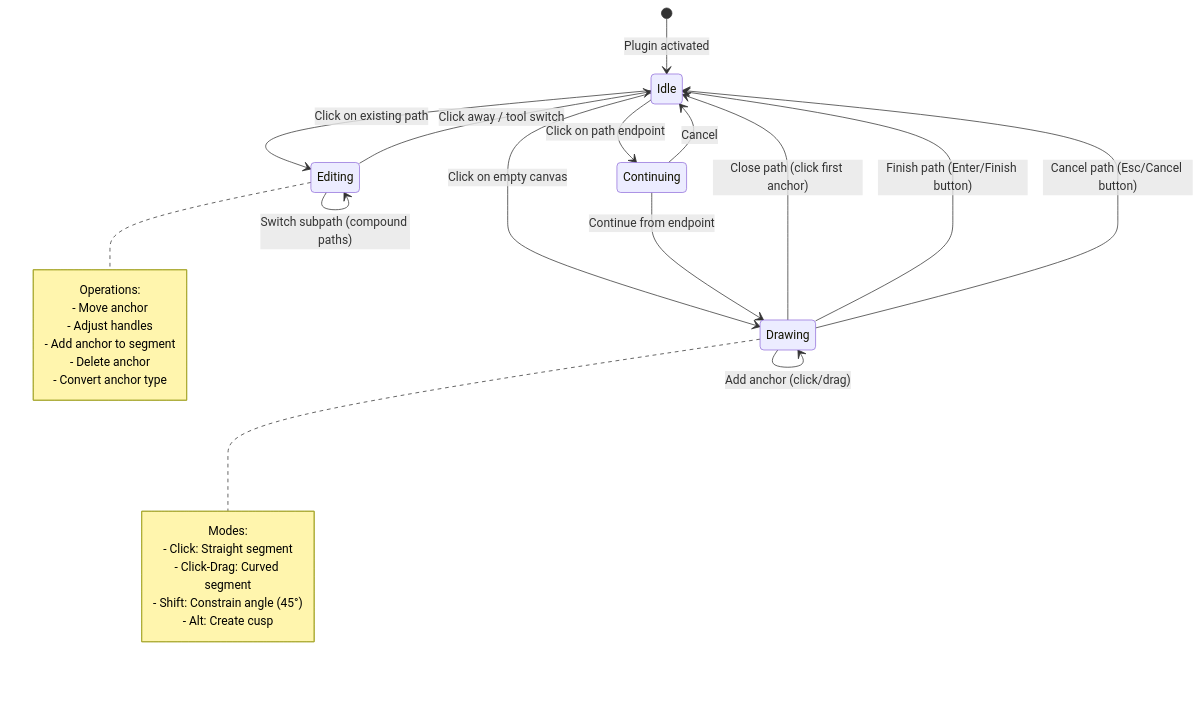
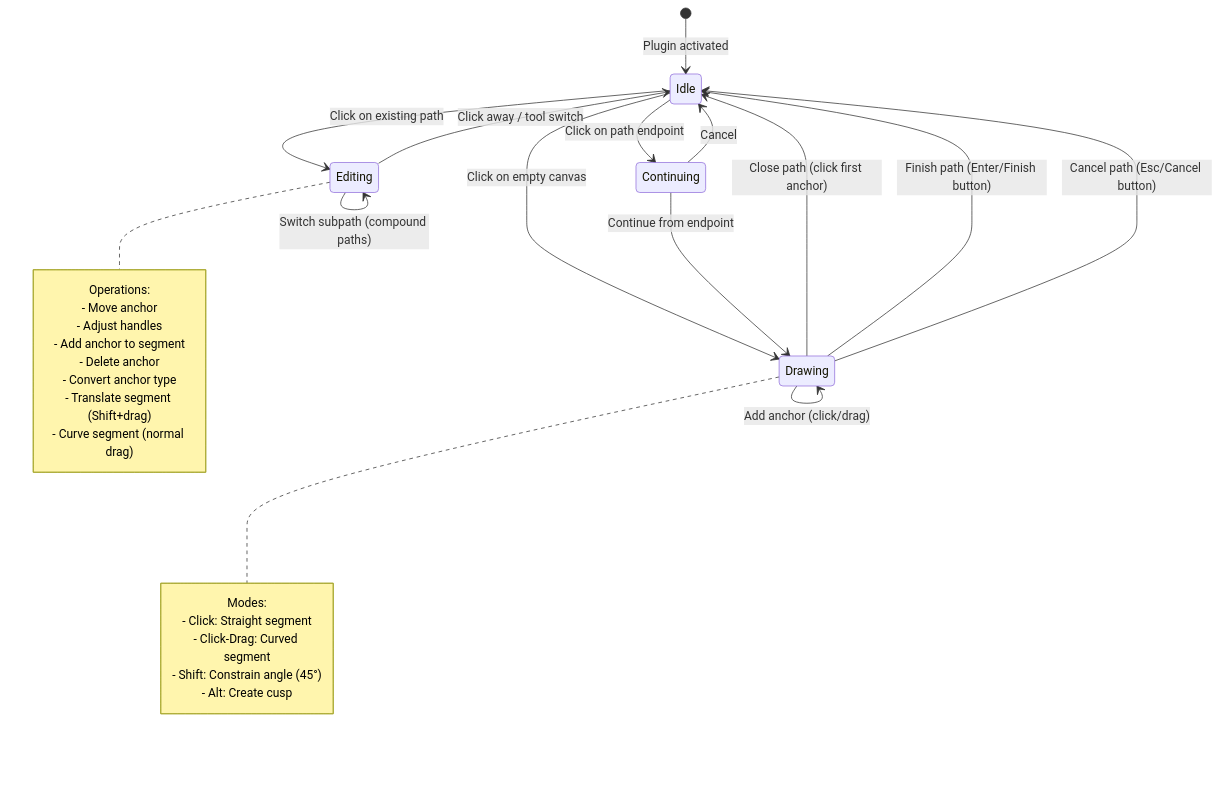
The second of 8 diagrams in doc/docs/plugins/catalog/pen.md (ekrsulov/ttpe), drawn with Mermaid before and after one commit. The commit also changed other lines of this file and 1 other file, not shown here.

Commit message:
feat(pen): update documentation to clarify segment translation and drag functionality

````diff
--- a/doc/docs/plugins/catalog/pen.md
+++ b/doc/docs/plugins/catalog/pen.md
@@ -94,38 +95,40 @@
 ```mermaid
 stateDiagram-v2
     [*] --> Idle: Plugin activated
     
     Idle --> Drawing: Click on empty canvas
     Idle --> Editing: Click on existing path
     Idle --> Continuing: Click on path endpoint
     
     Drawing --> Drawing: Add anchor (click/drag)
     Drawing --> Idle: Close path (click first anchor)
     Drawing --> Idle: Finish path (Enter/Finish button)
     Drawing --> Idle: Cancel path (Esc/Cancel button)
     
     Editing --> Editing: Modify anchor/handle
     Editing --> Editing: Add/delete anchor
     Editing --> Editing: Switch subpath (compound paths)
     Editing --> Idle: Click away / tool switch
     
     Continuing --> Drawing: Continue from endpoint
     Continuing --> Idle: Cancel
     
     note right of Drawing
         Modes:
         - Click: Straight segment
         - Click-Drag: Curved segment
         - Shift: Constrain angle (45°)
         - Alt: Create cusp
     end note
     
     note right of Editing
         Operations:
         - Move anchor
         - Adjust handles
         - Add anchor to segment
         - Delete anchor
         - Convert anchor type
+        - Translate segment (Shift+drag)
+        - Curve segment (normal drag)
     end note
 ```
````
